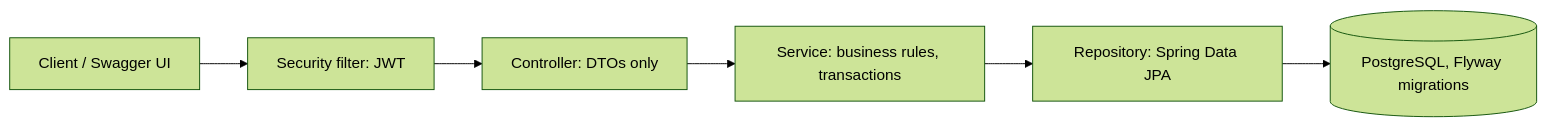
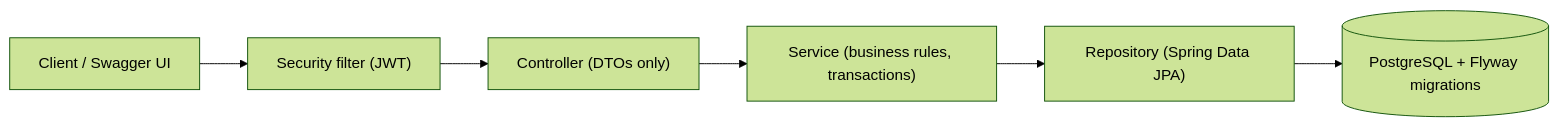
One commit to Douda2209/adopt-a-pet changed the fourth of 4 diagrams in docs/uml.md. Above: the diagram before and after it, drawn with Mermaid (forest theme). The commit also changed other lines of this file, not shown here.

Commit message:
update uml diagram

````diff
--- a/docs/uml.md
+++ b/docs/uml.md
@@ -206,8 +205,8 @@
 ```mermaid
 flowchart LR
-    Client[Client / Swagger UI] --> Security[Security filter: JWT]
-    Security --> Controller[Controller: DTOs only]
-    Controller --> Service[Service: business rules, transactions]
-    Service --> Repository[Repository: Spring Data JPA]
-    Repository --> DB[(PostgreSQL, Flyway migrations)]
+    Client["Client / Swagger UI"] --> Security["Security filter (JWT)"]
+    Security --> Controller["Controller (DTOs only)"]
+    Controller --> Service["Service (business rules, transactions)"]
+    Service --> Repository["Repository (Spring Data JPA)"]
+    Repository --> DB[("PostgreSQL + Flyway migrations")]
 ```
````
